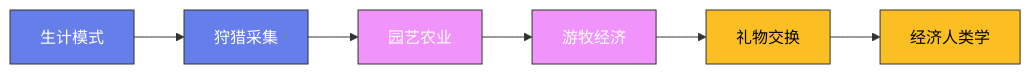
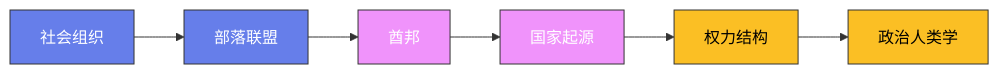
One commit to Fengur/Fengur.github.io changed the diagram in content/posts/ModelCreate/人类学/06-亲属制度与婚姻.md. Above: the diagram before and after it, drawn with Mermaid. The commit also changed other lines of this file and 118 other files, not shown here.

````diff
--- a/content/posts/ModelCreate/人类学/06-亲属制度与婚姻.md
+++ b/content/posts/ModelCreate/人类学/06-亲属制度与婚姻.md
@@ -21,16 +20,16 @@
 ```mermaid
 graph LR
-    A["生计模式"] --> B["狩猎采集"]
-    B --> C["园艺农业"]
-    C --> D["游牧经济"]
-    D --> E["礼物交换"]
-    E --> F["经济人类学"]
+    A["社会组织"] --> B["部落联盟"]
+    B --> C["酋邦"]
+    C --> D["国家起源"]
+    D --> E["权力结构"]
+    E --> F["政治人类学"]
 
     classDef early fill:#667eea,stroke:#333,color:white
     classDef mid fill:#f093fb,stroke:#333,color:white
     classDef modern fill:#fbbf24,stroke:#333,color:black
 
     class A,B early
     class C,D mid
     class E,F modern
 ```
````
